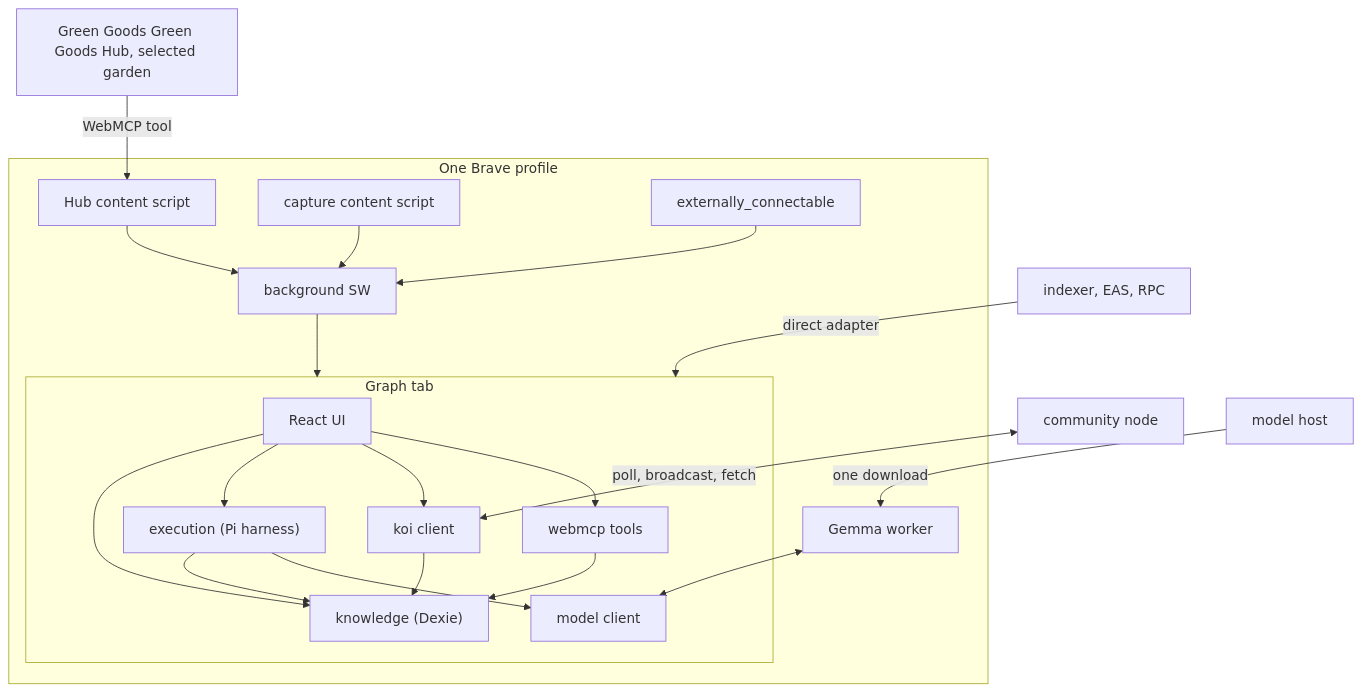
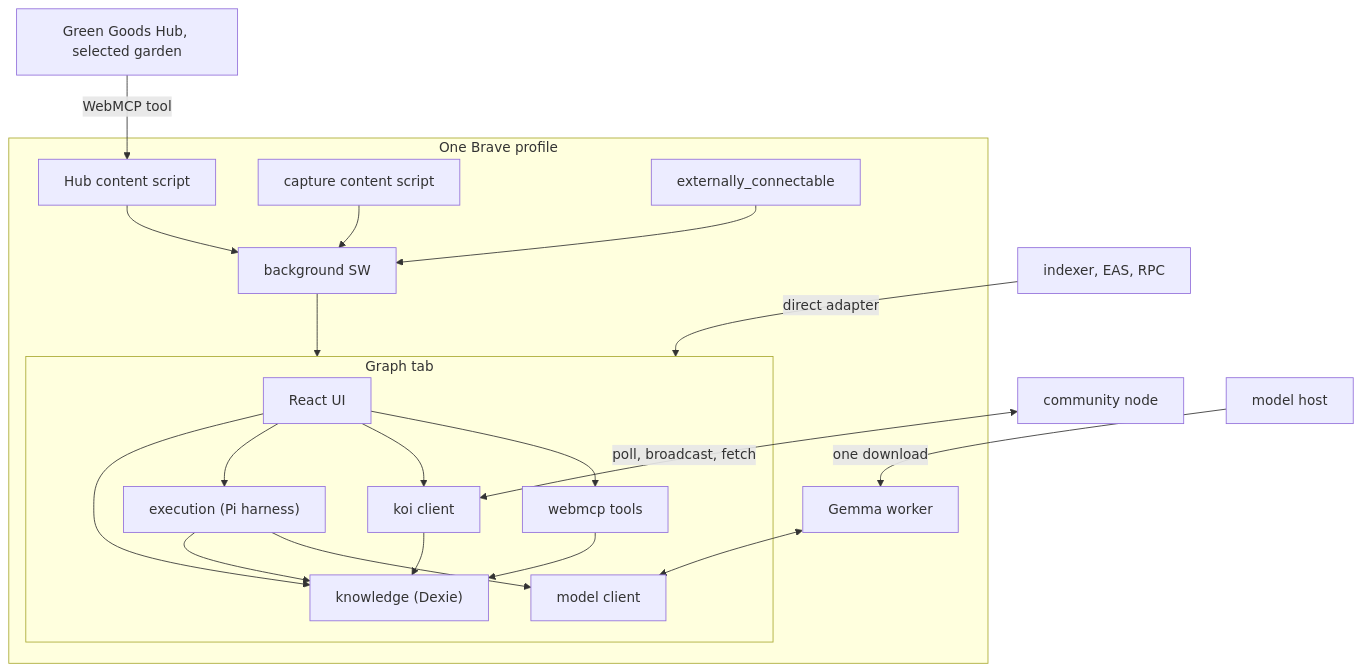
Before and after one commit to greenpill-dev-guild/green-goods: the second of 6 diagrams in .plans/ideas/grove/prototype-architecture.md, drawn with Mermaid. The commit also changed 1 other file, not shown here.

Commit message:
docs(plans): remove duplicated Hub names in Grove diagrams
Agent-Model: gpt-6.1-sol/xhigh

````diff
--- a/.plans/ideas/grove/prototype-architecture.md
+++ b/.plans/ideas/grove/prototype-architecture.md
@@ -56,24 +56,24 @@
 ```mermaid
 flowchart TB
   subgraph Browser["One Brave profile"]
     subgraph Tab["Graph tab"]
       UI["React UI"] --> KN["knowledge (Dexie)"]
       UI --> EX["execution (Pi harness)"]
       EX --> KN
       EX --> MW["model client"]
       UI --> KO["koi client"]
       KO --> KN
       UI --> WT["webmcp tools"]
       WT --> KN
     end
     W["Gemma worker"] <--> MW
     BG["background SW"] --> Tab
     GGCS["Hub content script"] --> BG
     CAP["capture content script"] --> BG
     EXTAPI["externally_connectable"] --> BG
   end
-  PAGE["Green Goods Green Goods Hub, selected garden"] -->|"WebMCP tool"| GGCS
+  PAGE["Green Goods Hub, selected garden"] -->|"WebMCP tool"| GGCS
   NET["indexer, EAS, RPC"] -->|"direct adapter"| Tab
   PEER["community node"] <-->|"poll, broadcast, fetch"| KO
   HF["model host"] -->|"one download"| W
 ```
````
